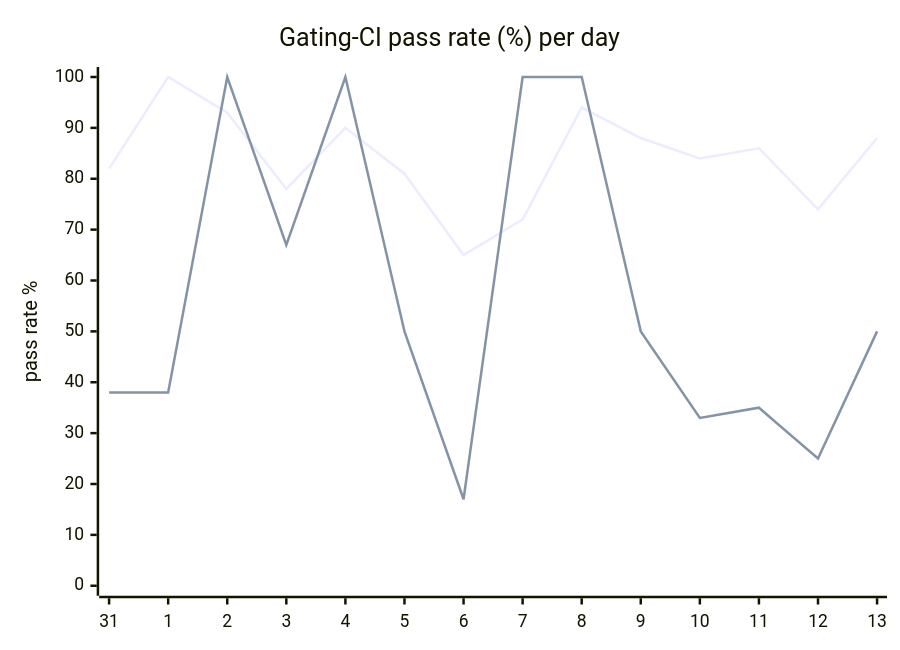
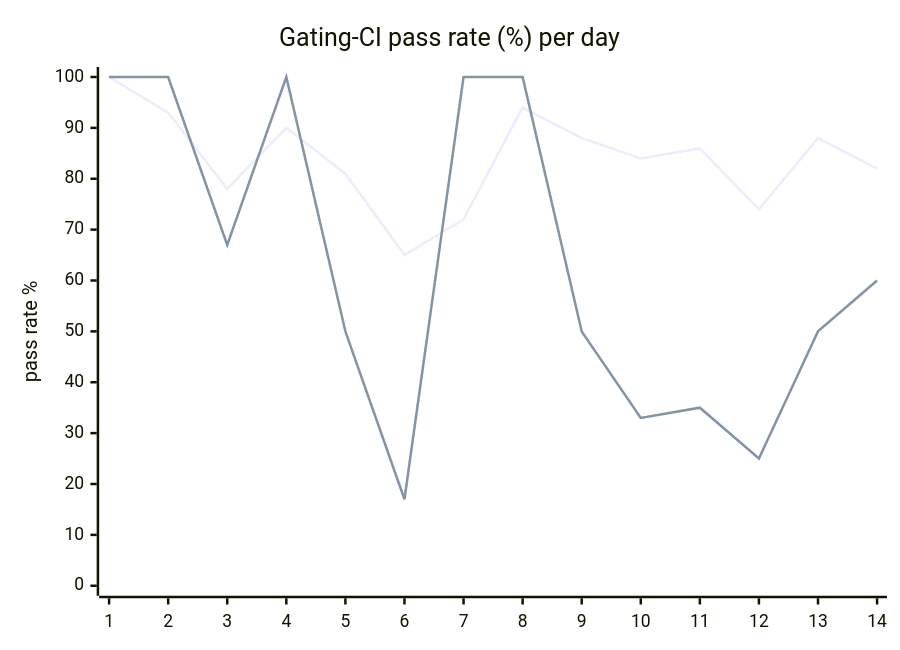
One commit to hatchet-dev/hatchet changed the diagram in hack/ci/ci-dashboard/staging/issue.md. Above: the diagram before and after it, drawn with Mermaid. The commit also changed other lines of this file, not shown here.

````diff
--- a/hack/ci/ci-dashboard/staging/issue.md
+++ b/hack/ci/ci-dashboard/staging/issue.md
@@ -9,8 +9,8 @@
 ```mermaid
 xychart-beta
   title "Gating-CI pass rate (%) per day"
-  x-axis [31, 1, 2, 3, 4, 5, 6, 7, 8, 9, 10, 11, 12, 13]
+  x-axis [1, 2, 3, 4, 5, 6, 7, 8, 9, 10, 11, 12, 13, 14]
   y-axis "pass rate %" 0 --> 100
-  line "CI" [82, 100, 93, 78, 90, 81, 65, 72, 94, 88, 84, 86, 74, 88]
-  line "main" [38, 38, 100, 67, 100, 50, 17, 100, 100, 50, 33, 35, 25, 50]
+  line "CI" [100, 93, 78, 90, 81, 65, 72, 94, 88, 84, 86, 74, 88, 82]
+  line "main" [100, 100, 67, 100, 50, 17, 100, 100, 50, 33, 35, 25, 50, 60]
 ```
````
